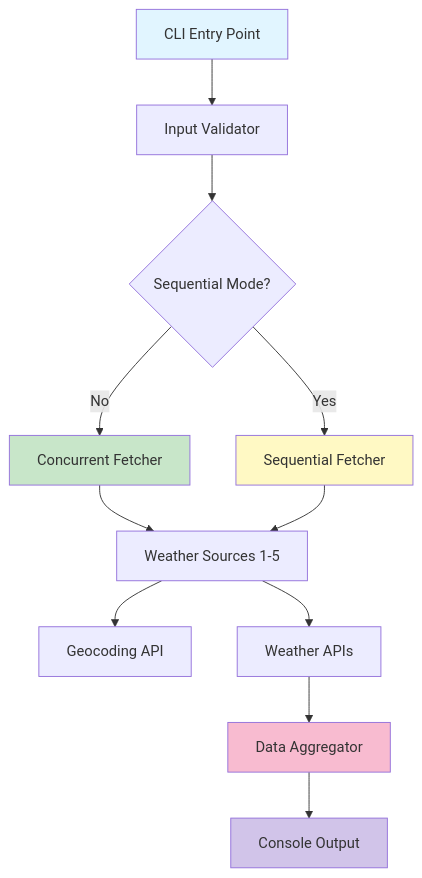
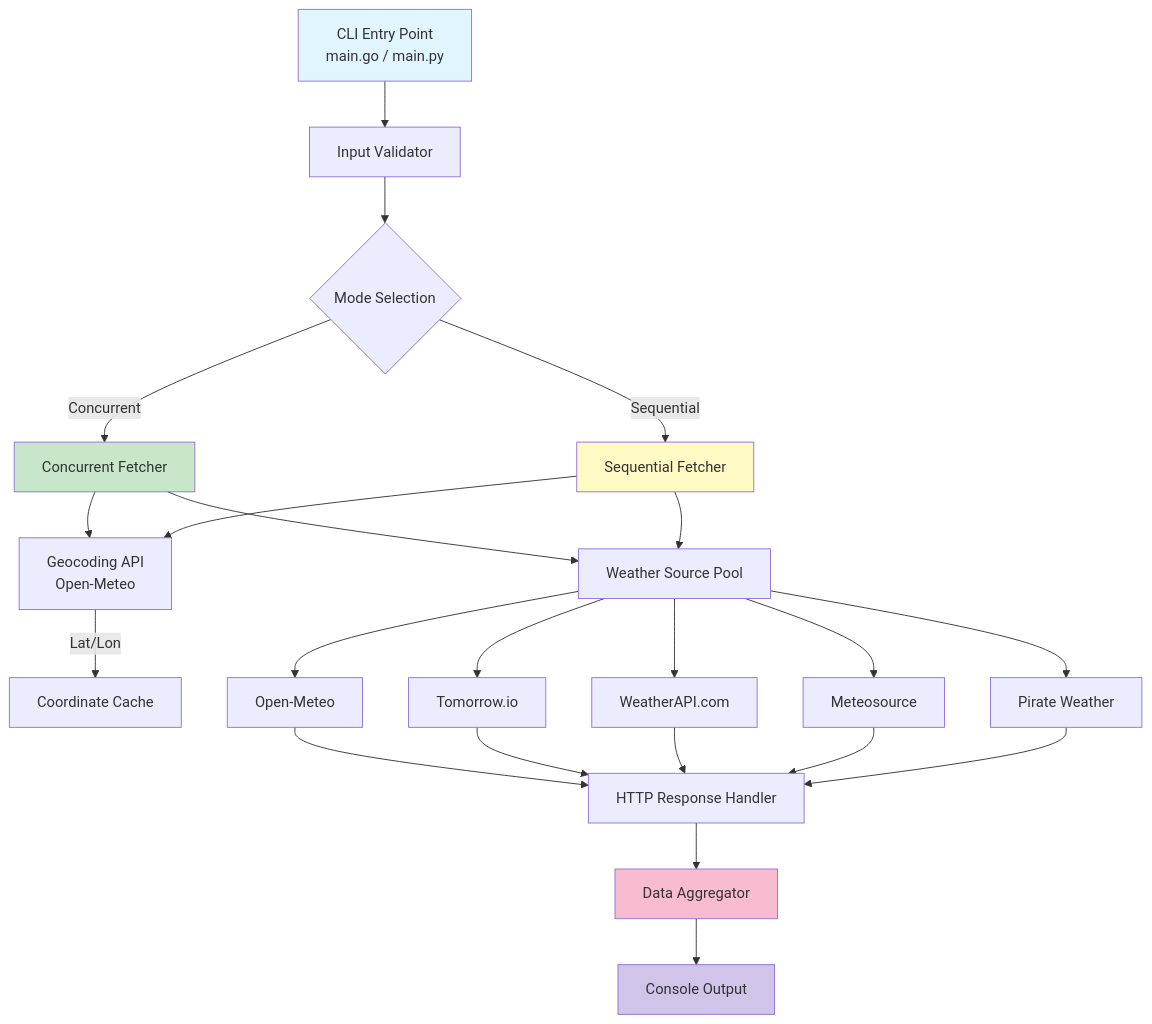
One commit to dustin2023/concepts-of-programming-languages-compared-with-go changed the first of 4 diagrams in README.md. Above: the diagram before and after it, drawn with Mermaid. The commit also changed other lines of this file and 4 other files, not shown here.

Commit message:
refactor: implement source exclusion filtering and enhance weather fetching logic in Go and Python

````diff
--- a/README.md
+++ b/README.md
@@ -62,19 +80,36 @@
 ```mermaid
 graph TD
-    A[CLI Entry Point] --> B[Input Validator]
-    B --> C{Sequential Mode?}
-    C -->|No| D[Concurrent Fetcher]
-    C -->|Yes| E[Sequential Fetcher]
-    D --> F[Weather Sources 1-5]
-    E --> F
-    F --> G[Geocoding API]
-    F --> H[Weather APIs]
-    H --> I[Data Aggregator]
-    I --> J[Console Output]
+    A[CLI Entry Point<br/>main.go / main.py] --> B[Input Validator]
+    B --> C{Mode Selection}
+    C -->|Concurrent| D[Concurrent Fetcher]
+    C -->|Sequential| E[Sequential Fetcher]
+    
+    D --> F1[Geocoding API<br/>Open-Meteo]
+    E --> F1
+    
+    F1 -->|Lat/Lon| G[Coordinate Cache]
+    
+    D --> H[Weather Source Pool]
+    E --> H
+    
+    H --> S1[Open-Meteo]
+    H --> S2[Tomorrow.io]
+    H --> S3[WeatherAPI.com]
+    H --> S4[Meteosource]
+    H --> S5[Pirate Weather]
+    
+    S1 --> I[HTTP Response Handler]
+    S2 --> I
+    S3 --> I
+    S4 --> I
+    S5 --> I
+    
+    I --> J[Data Aggregator]
+    J --> K[Console Output]
     
     style A fill:#e1f5ff
     style D fill:#c8e6c9
     style E fill:#fff9c4
-    style I fill:#f8bbd0
-    style J fill:#d1c4e9
+    style J fill:#f8bbd0
+    style K fill:#d1c4e9
 ```
````
